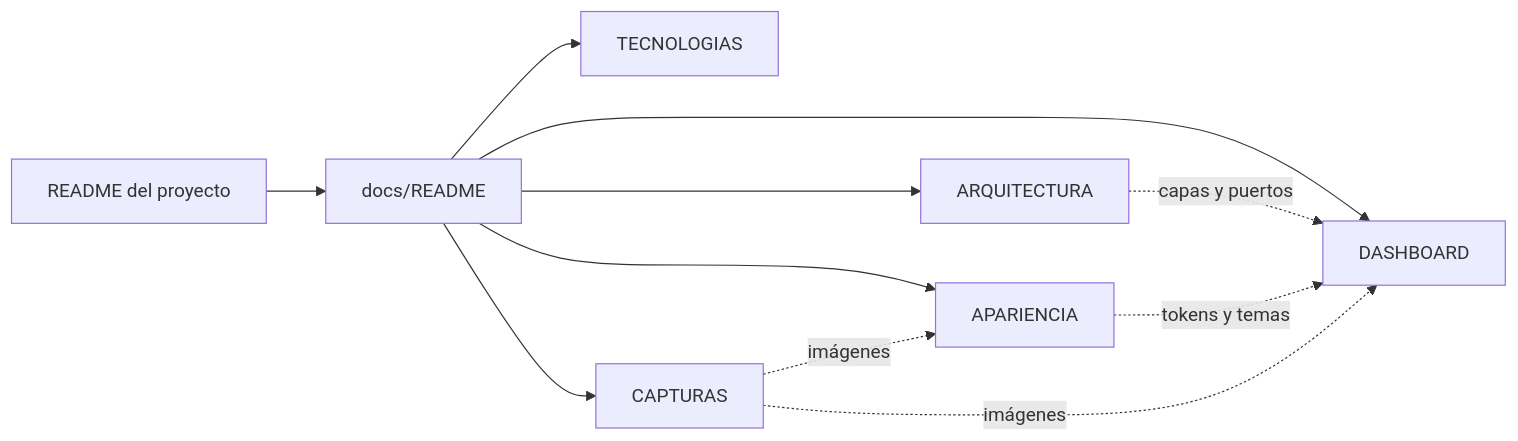
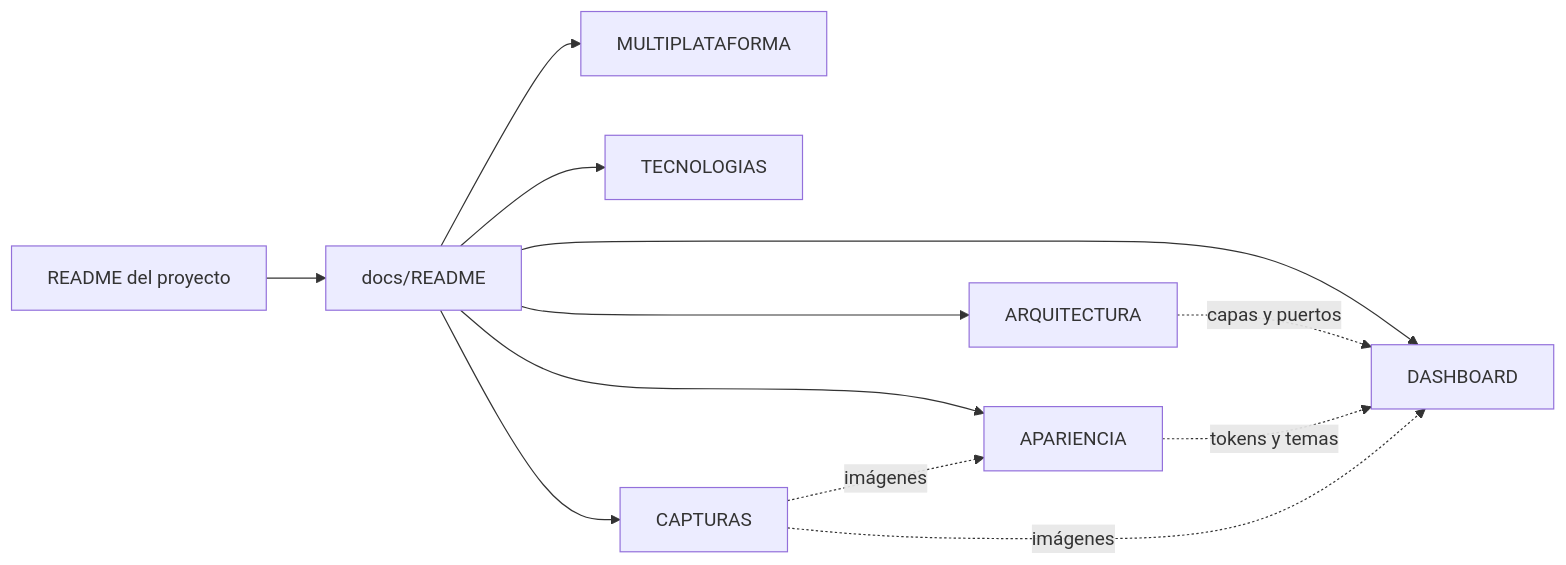
The diagram in docs/README.md (DEIMER-PY/gestion-db-jardineria), drawn with Mermaid before and after one commit. The commit also changed other lines of this file and 5 other files, not shown here.

````diff
--- a/docs/README.md
+++ b/docs/README.md
@@ -21,13 +22,14 @@
 ```mermaid
 flowchart LR
     R[README del proyecto] --> D[docs/README]
+    D --> MP[MULTIPLATAFORMA]
     D --> A[ARQUITECTURA]
     D --> T[TECNOLOGIAS]
     D --> P[DASHBOARD]
     D --> V[APARIENCIA]
     D --> C[CAPTURAS]
     A -. capas y puertos .-> P
     V -. tokens y temas .-> P
     C -. imágenes .-> P
     C -. imágenes .-> V
 ```
````
